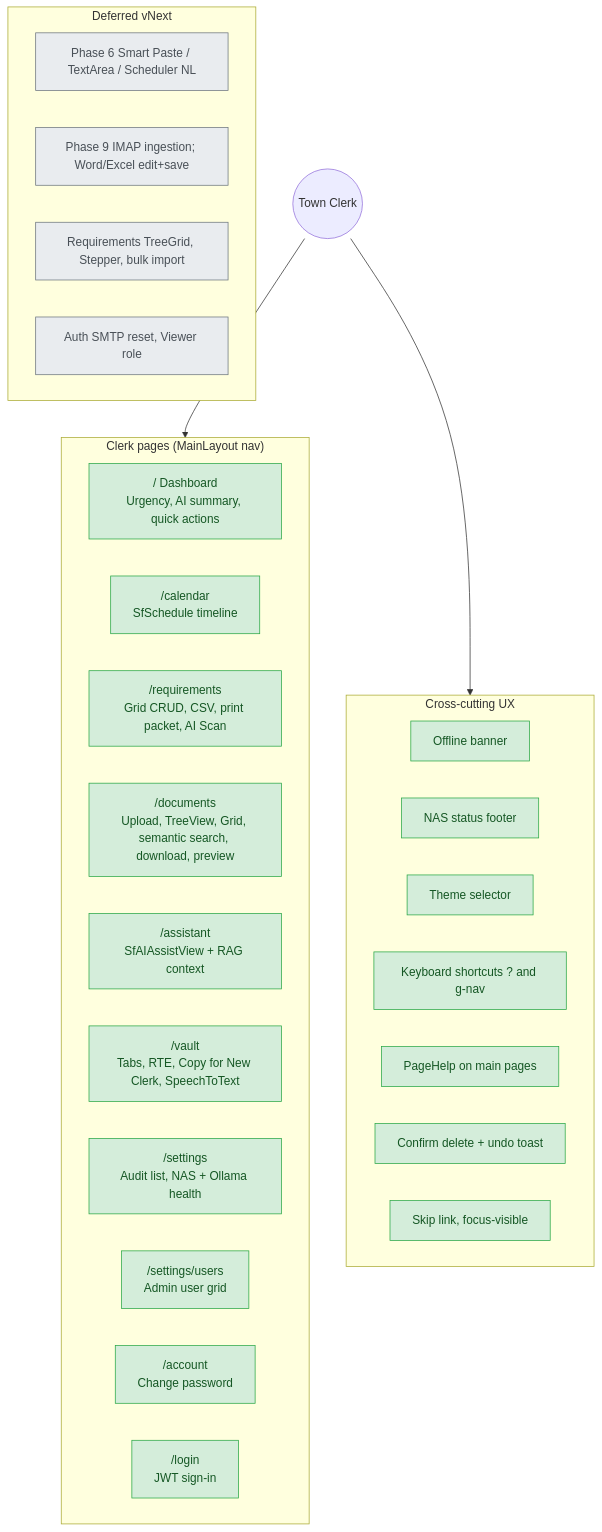
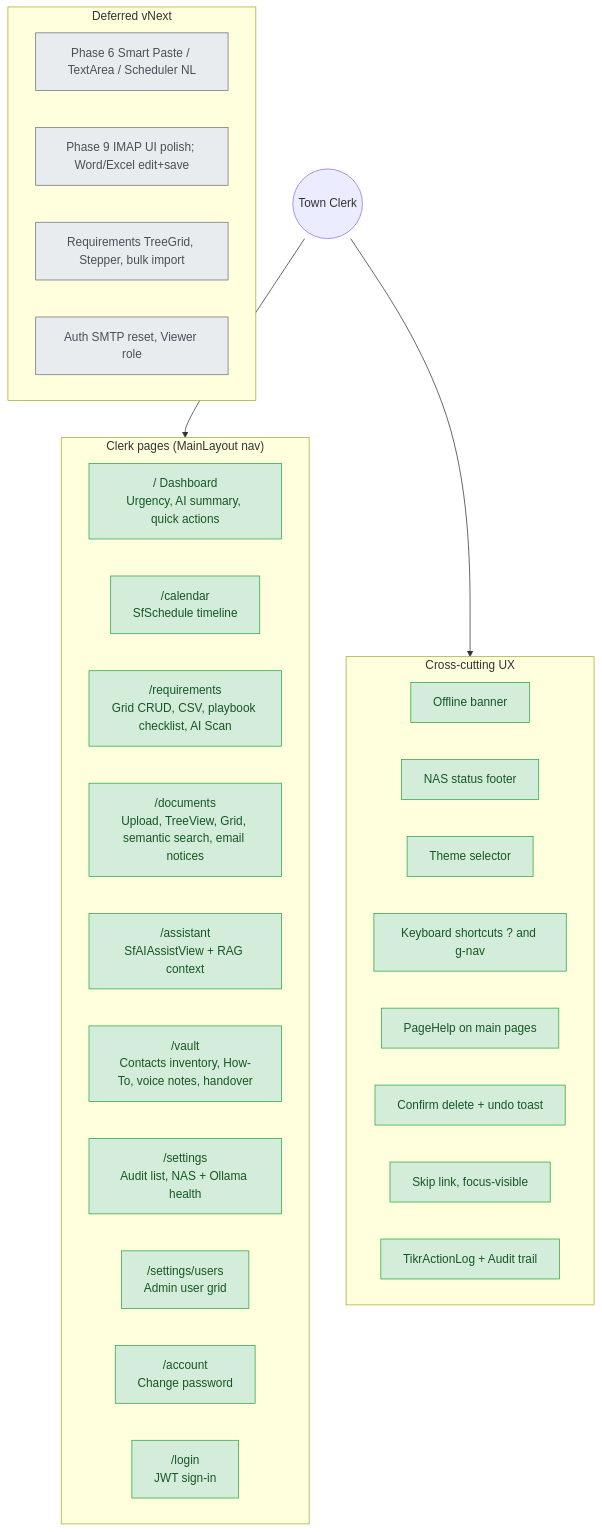
One commit to Bigessfour/TIKR-Town-Institutional-Knowledge-Tracker changed the third of 10 diagrams in docs/architecture.md. Above: the diagram before and after it, drawn with Mermaid. The commit also changed other lines of this file and 49 other files, not shown here.

First line of the commit message:
feat: add Election playbook checklists under Requirements.

````diff
--- a/docs/architecture.md
+++ b/docs/architecture.md
@@ -81,41 +81,42 @@
 ```mermaid
 flowchart TB
     subgraph pages["Clerk pages (MainLayout nav)"]
         dash["/ Dashboard<br/>Urgency, AI summary, quick actions"]
         cal["/calendar<br/>SfSchedule timeline"]
-        req["/requirements<br/>Grid CRUD, CSV, print packet, AI Scan"]
-        docs["/documents<br/>Upload, TreeView, Grid, semantic search, download, preview"]
+        req["/requirements<br/>Grid CRUD, CSV, playbook checklist, AI Scan"]
+        docs["/documents<br/>Upload, TreeView, Grid, semantic search, email notices"]
         asst["/assistant<br/>SfAIAssistView + RAG context"]
-        vault["/vault<br/>Tabs, RTE, Copy for New Clerk, SpeechToText"]
+        vault["/vault<br/>Contacts inventory, How-To, voice notes, handover"]
         sett["/settings<br/>Audit list, NAS + Ollama health"]
         users["/settings/users<br/>Admin user grid"]
         acct["/account<br/>Change password"]
         login["/login<br/>JWT sign-in"]
     end
 
     subgraph cross["Cross-cutting UX"]
         offline["Offline banner"]
         footer["NAS status footer"]
         theme["Theme selector"]
         keys["Keyboard shortcuts ? and g-nav"]
         help["PageHelp on main pages"]
         del["Confirm delete + undo toast"]
         a11y["Skip link, focus-visible"]
+        logs["TikrActionLog + Audit trail"]
     end
 
     subgraph defer["Deferred vNext"]
         smart["Phase 6 Smart Paste / TextArea / Scheduler NL"]
-        pdf["Phase 9 IMAP ingestion; Word/Excel edit+save"]
+        pdf["Phase 9 IMAP UI polish; Word/Excel edit+save"]
         req2["Requirements TreeGrid, Stepper, bulk import"]
         authv["Auth SMTP reset, Viewer role"]
     end
 
     clerk((Town Clerk)) --> pages
     clerk --> cross
 
-    class dash,cal,req,docs,asst,vault,sett,users,acct,login,offline,footer,theme,keys,help,del,a11y done
+    class dash,cal,req,docs,asst,vault,sett,users,acct,login,offline,footer,theme,keys,help,del,a11y,logs done
     class smart,pdf,req2,authv defer
 
     classDef done fill:#d4edda,stroke:#28a745,color:#155724
     classDef defer fill:#e9ecef,stroke:#6c757d,color:#495057
 ```
````
